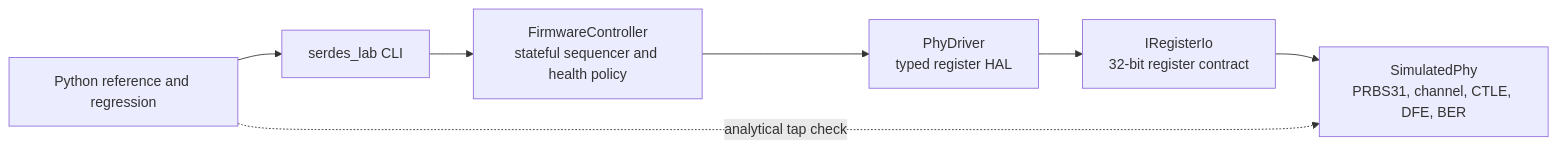
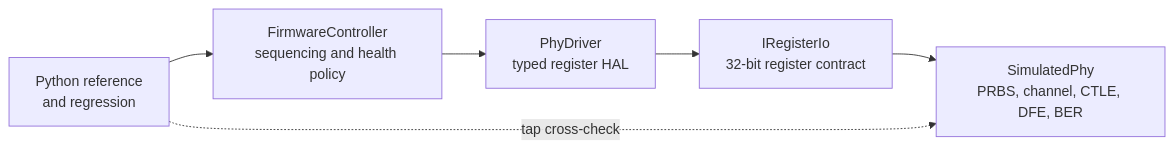
Before and after one commit to MarvelousJade/serdes-firmware-lab: the diagram in README.md, drawn with Mermaid. The commit also changed other lines of this file, not shown here.

````diff
--- a/README.md
+++ b/README.md
@@ -32,14 +35,12 @@
 ```mermaid
 flowchart LR
-    FW[FirmwareController<br/>stateful sequencer and health policy]
+    FW[FirmwareController<br/>sequencing and health policy]
     HAL[PhyDriver<br/>typed register HAL]
     REG[IRegisterIo<br/>32-bit register contract]
-    PHY[SimulatedPhy<br/>PRBS31, channel, CTLE, DFE, BER]
-    CLI[serdes_lab CLI]
-    PY[Python reference and regression]
+    PHY[SimulatedPhy<br/>PRBS, channel, CTLE, DFE, BER]
+    PY[Python reference<br/>and regression]
 
     FW --> HAL --> REG --> PHY
-    CLI --> FW
-    PY --> CLI
-    PY -. analytical tap check .-> PHY
+    PY --> FW
+    PY -. tap cross-check .-> PHY
 ```
````
